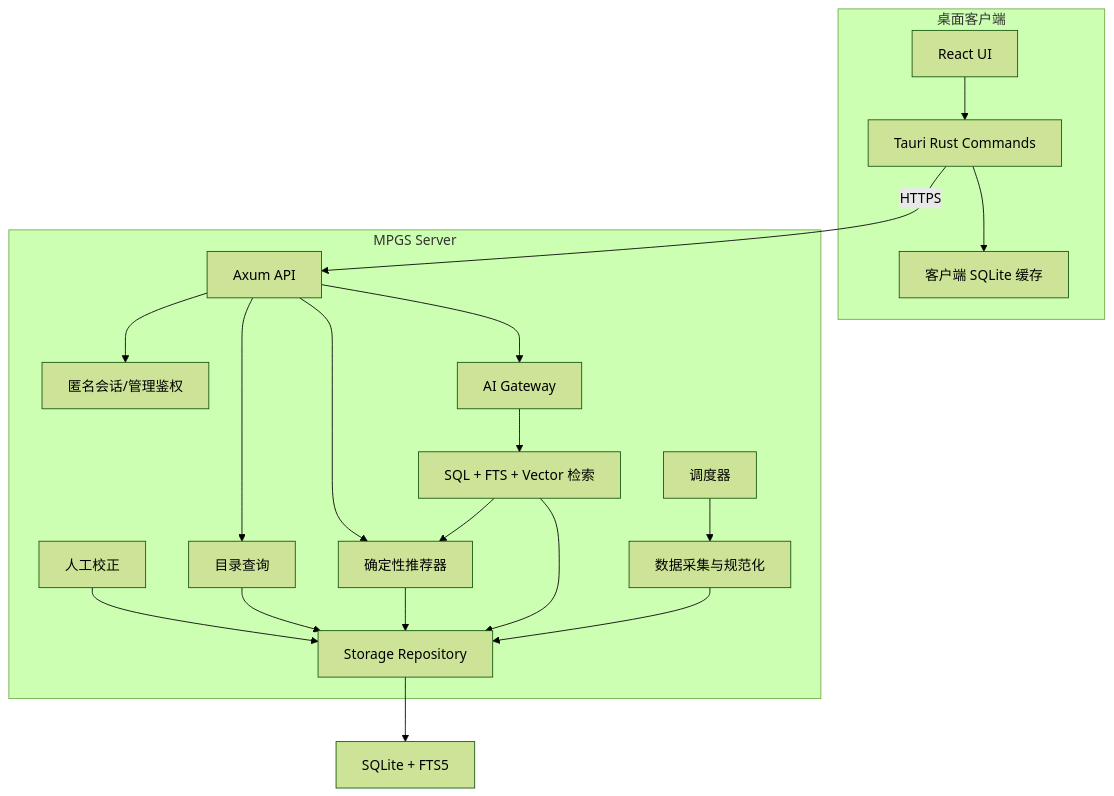
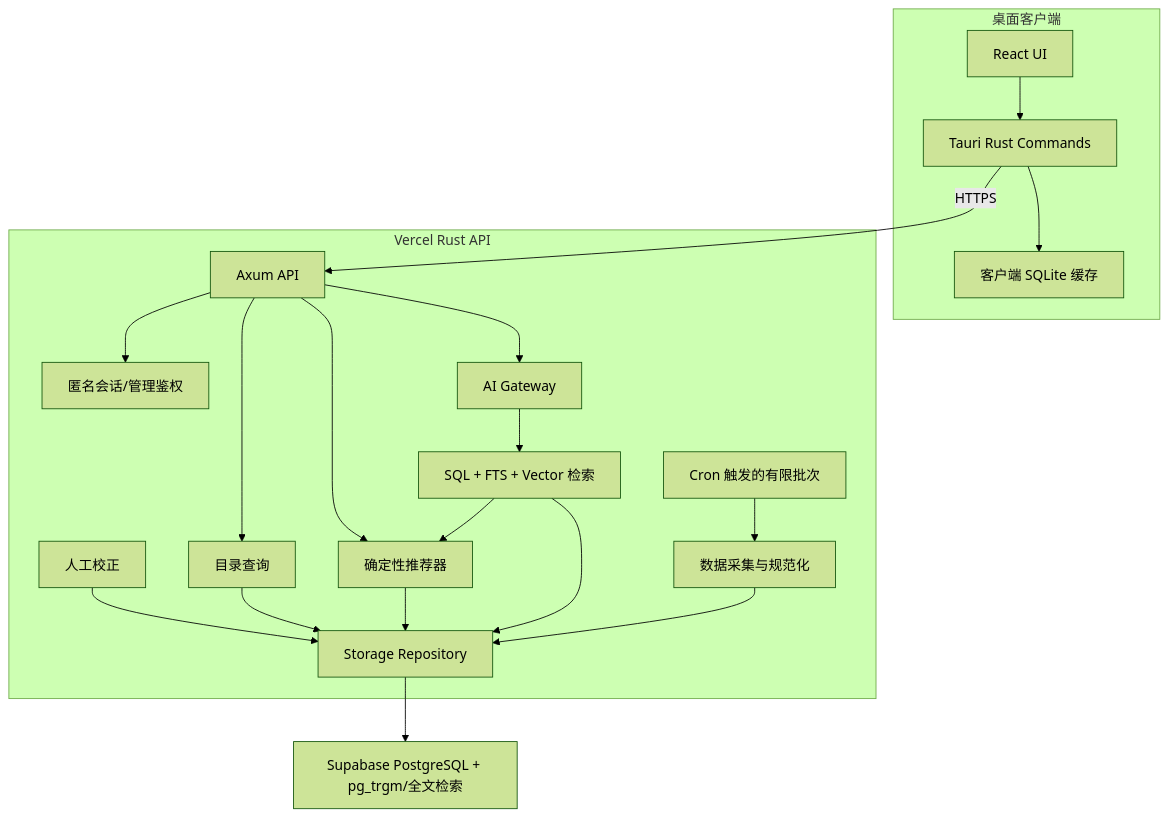
Before and after one commit to Lotulune/lobbytally: the second of 5 diagrams in docs/ARCHITECTURE.md, drawn with Mermaid (forest theme). The commit also changed other lines of this file and 79 other files, not shown here.

First line of the commit message:
Migrate LobbyTally to Vercel and Supabase

````diff
--- a/docs/ARCHITECTURE.md
+++ b/docs/ARCHITECTURE.md
@@ -36,38 +37,38 @@
 ```mermaid
 flowchart TB
     subgraph Client["桌面客户端"]
         UI["React UI"]
         Bridge["Tauri Rust Commands"]
         Cache["客户端 SQLite 缓存"]
         UI --> Bridge
         Bridge --> Cache
     end
 
-    subgraph Server["MPGS Server"]
+    subgraph Server["Vercel Rust API"]
         API["Axum API"]
         Auth["匿名会话/管理鉴权"]
         Catalog["目录查询"]
         Ranker["确定性推荐器"]
         AIGateway["AI Gateway"]
         Retrieval["SQL + FTS + Vector 检索"]
-        Scheduler["调度器"]
+        Scheduler["Cron 触发的有限批次"]
         Ingest["数据采集与规范化"]
         Curation["人工校正"]
         Storage["Storage Repository"]
         API --> Auth
         API --> Catalog
         API --> Ranker
         API --> AIGateway
         AIGateway --> Retrieval
         Retrieval --> Ranker
         Scheduler --> Ingest
         Curation --> Storage
         Catalog --> Storage
         Ranker --> Storage
         Retrieval --> Storage
         Ingest --> Storage
     end
 
     Bridge -->|"HTTPS"| API
-    Storage --> DB["SQLite + FTS5"]
+    Storage --> DB["Supabase PostgreSQL + pg_trgm/全文检索"]
 ```
````
